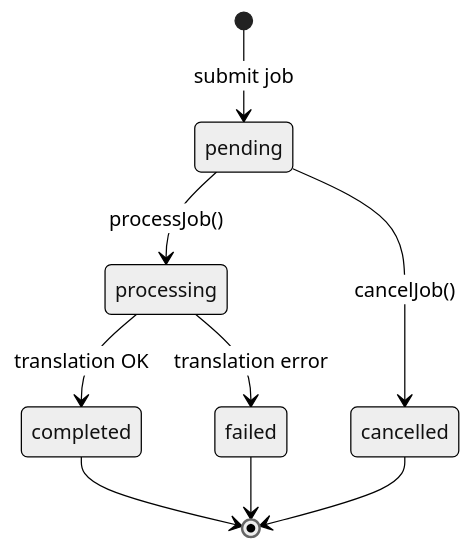
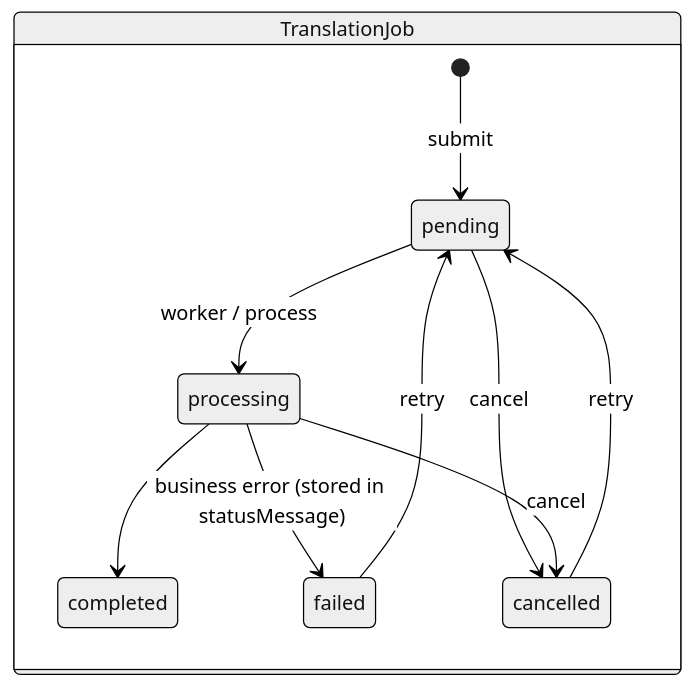
Before and after one commit to UIMSolutions/uim-platform: the sixth of 13 diagrams in translation/UML.md, drawn with Mermaid (neutral theme). The commit also changed other lines of this file and 62 other files, not shown here.

````diff
--- a/translation/UML.md
+++ b/translation/UML.md
@@ -236,11 +221,13 @@
 ```mermaid
 stateDiagram-v2
-    [*] --> pending: submit job
-    pending --> processing: processJob()
-    processing --> completed: translation OK
-    processing --> failed: translation error
-    pending --> cancelled: cancelJob()
-    completed --> [*]
-    failed --> [*]
-    cancelled --> [*]
+    state "TranslationJob" as J {
+        [*] --> pending : submit
+        pending --> processing : worker / process
+        processing --> completed
+        processing --> failed : business error (stored in statusMessage)
+        pending --> cancelled : cancel
+        processing --> cancelled : cancel
+        failed --> pending : retry
+        cancelled --> pending : retry
+    }
 ```
````
